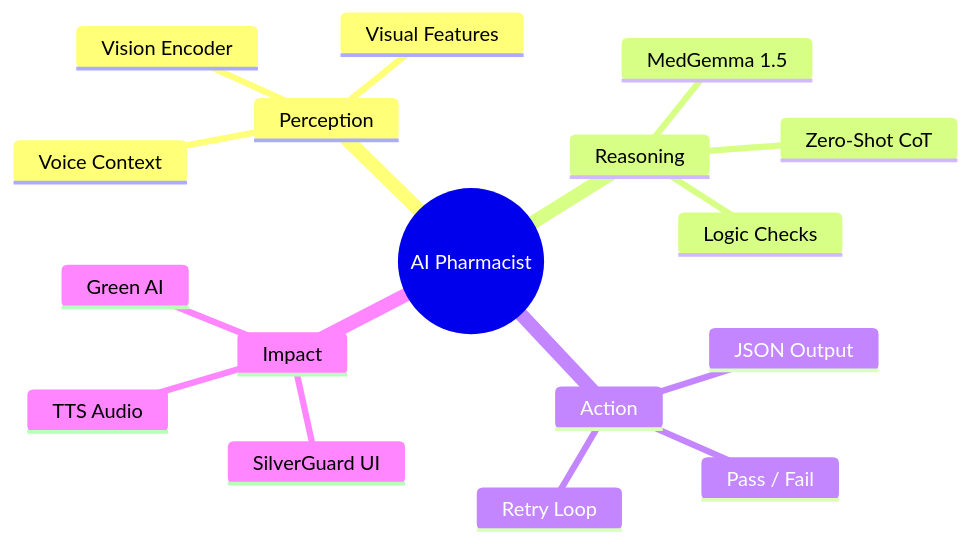
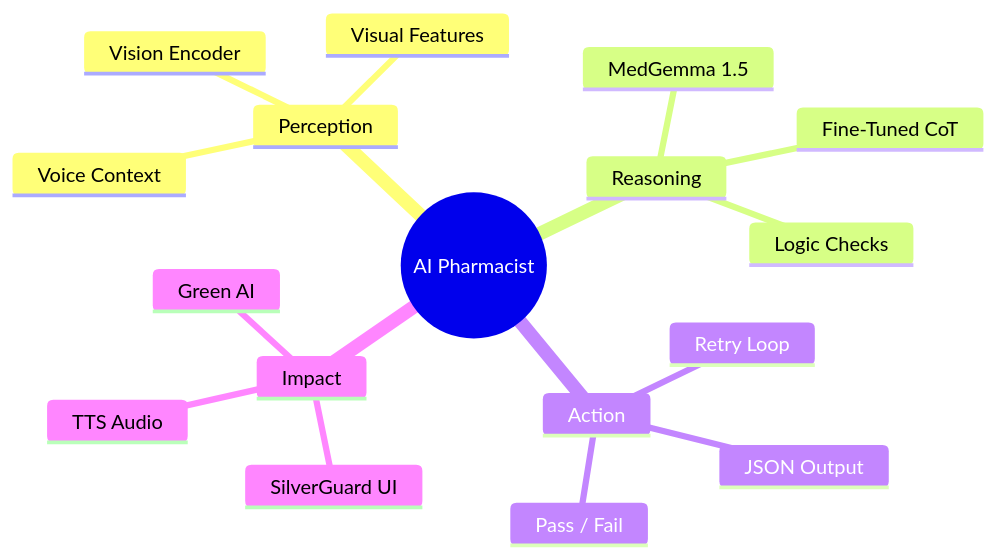
The first of 3 diagrams in README.md (mark941108/SilverGuard_CDS), drawn with Mermaid before and after one commit. The commit also changed other lines of this file and 1 other file, not shown here.

````diff
--- a/README.md
+++ b/README.md
@@ -272,20 +272,20 @@
 ```mermaid
 mindmap
   root((AI Pharmacist))
     Perception
       Vision Encoder
       Visual Features
       Voice Context
     Reasoning
       MedGemma 1.5
-      Zero-Shot CoT
+      Fine-Tuned CoT
       Logic Checks
     Action
       JSON Output
       Pass / Fail
       Retry Loop
     Impact
       SilverGuard UI
       TTS Audio
       Green AI
 ```
````
